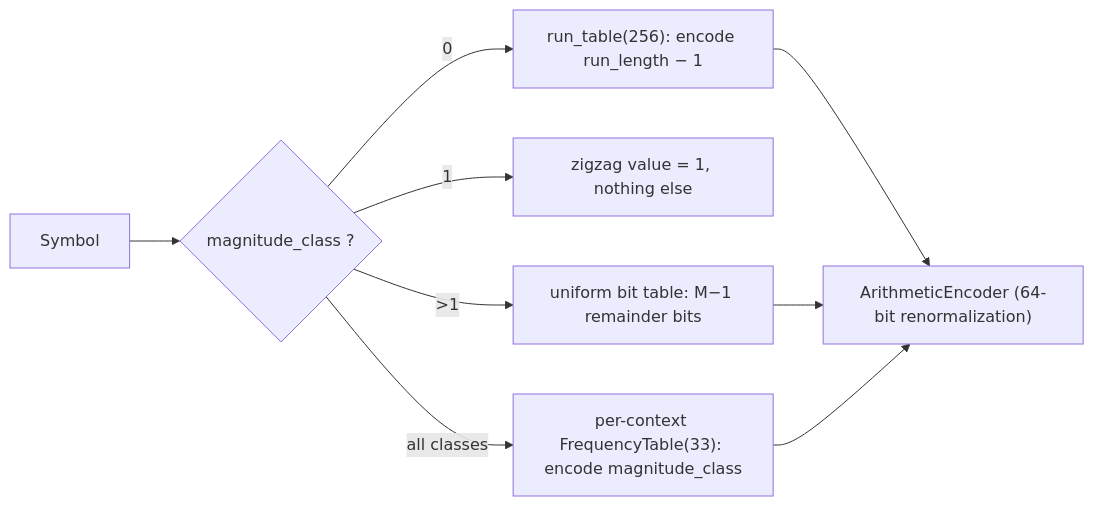
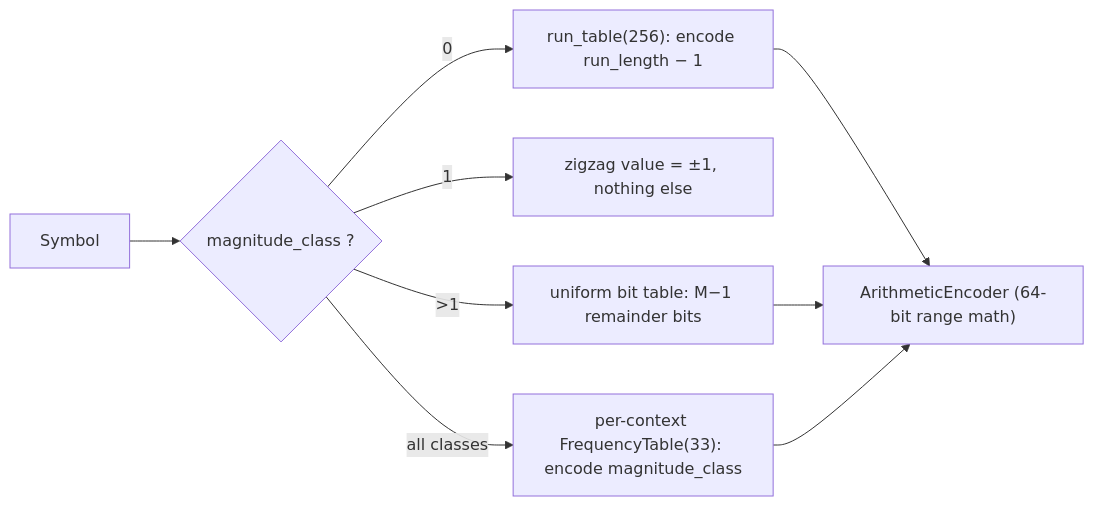
One commit to yashwk/libxtm changed the sixth of 10 diagrams in docs/pipeline.md. Above: the diagram before and after it, drawn with Mermaid. The commit also changed other lines of this file and 2 other files, not shown here.

````diff
--- a/docs/pipeline.md
+++ b/docs/pipeline.md
@@ -295,11 +277,11 @@
 ```mermaid
 flowchart LR
     SYM["Symbol"] --> M0{"magnitude_class ?"}
     M0 -- "0" --> RT["run_table(256): encode run_length − 1"]
-    M0 -- "1" --> MAG1["zigzag value = 1, nothing else"]
+    M0 -- "1" --> MAG1["zigzag value = ±1, nothing else"]
     M0 -- ">1" --> REMB["uniform bit table: M−1 remainder bits"]
     M0 -- "all classes" --> CT["per-context FrequencyTable(33): encode magnitude_class"]
-    RT --> AC["ArithmeticEncoder (64-bit renormalization)"]
+    RT --> AC["ArithmeticEncoder (64-bit range math)"]
     REMB --> AC
     CT --> AC
 ```
````
